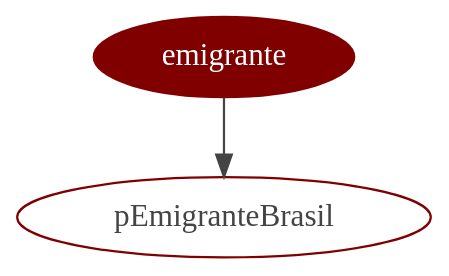
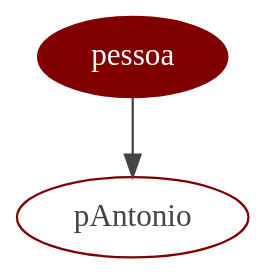
Before and after one commit to MiguelCosta/EngenhariaDeLinguagens: the diagram in EG/ExerciciosParaAvaliacao/Ex5/WebSite/x4.gv, drawn with Graphviz. The commit also changed 7 other files, not shown here.

```diff
--- a/EG/ExerciciosParaAvaliacao/Ex5/WebSite/x4.gv
+++ b/EG/ExerciciosParaAvaliacao/Ex5/WebSite/x4.gv
@@ -1,8 +1,8 @@
 
-		digraph mainmap4 {graph [bgcolor=transparent];"emigrante" [URL="conceito.php?conceito=emigrante", 
+		digraph mainmap4 {graph [bgcolor=transparent];"pessoa" [URL="conceito.php?conceito=pessoa", 
 		color ="#800000",
 		fontcolor = white,
 		style = filled,];
-"pEmigranteBrasil" [color="#800000", fontcolor="#444444",URL="instancia.php?instancia=pEmigranteBrasil"];
- "emigrante" -> "pEmigranteBrasil" [color="#444444", fontcolor="#444444"];
+"pAntonio" [color="#800000", fontcolor="#444444",URL="instancia.php?instancia=pAntonio"];
+ "pessoa" -> "pAntonio" [color="#444444", fontcolor="#444444"];
 }
```
